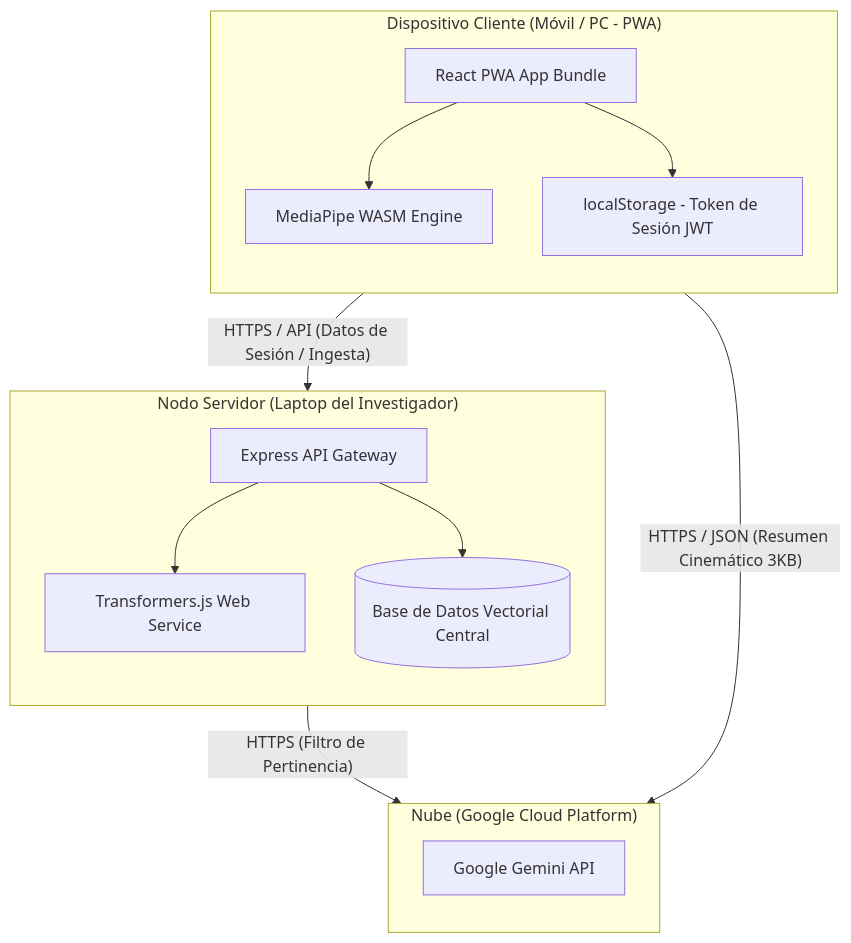
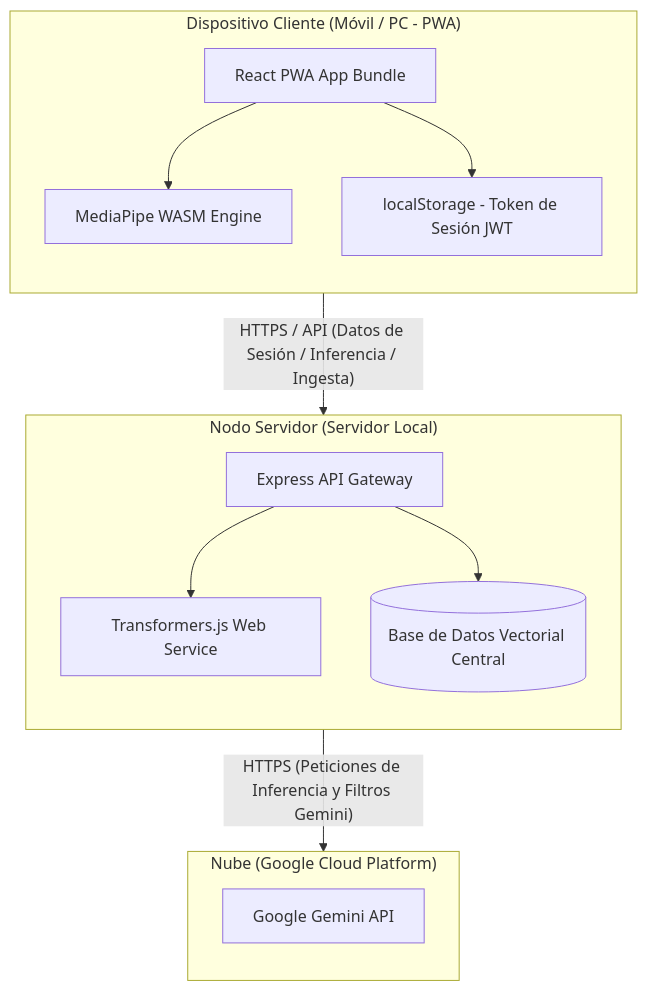
Diagram 12 of 12 in README.md (Tsmrain/Documentacion), drawn with Mermaid before and after one commit. The commit also changed other lines of this file, not shown here.

Commit message:
docs: update documentation to detail RAG dynamic knowledge ingestion and standardize Servidor Local terminology

````diff
--- a/README.md
+++ b/README.md
@@ -1363,31 +1377,30 @@
 ```mermaid
 flowchart TD
     subgraph ClientDevice ["Dispositivo Cliente (Móvil / PC - PWA)"]
         direction TB
         App[React PWA App Bundle]
         Engine3D[MediaPipe WASM Engine]
         LS[localStorage - Token de Sesión JWT]
     end
     
-    subgraph ServerNode ["Nodo Servidor (Laptop del Investigador)"]
+    subgraph ServerNode ["Nodo Servidor (Servidor Local)"]
         direction TB
         API[Express API Gateway]
         EmbeddingEngine[Transformers.js Web Service]
         CentralDB[(Base de Datos Vectorial Central)]
     end
     
     subgraph CloudGCP ["Nube (Google Cloud Platform)"]
         direction TB
         Gemini[Google Gemini API]
     end
     
     App --> Engine3D
     App --> LS
     
-    App -- "HTTPS / API (Datos de Sesión / Ingesta)" --> API
+    App -- "HTTPS / API (Datos de Sesión / Inferencia / Ingesta)" --> API
     API --> EmbeddingEngine
     API --> CentralDB
     
-    App -- "HTTPS / JSON (Resumen Cinemático 3KB)" --> Gemini
-    API -- "HTTPS (Filtro de Pertinencia)" --> Gemini
+    API -- "HTTPS (Peticiones de Inferencia y Filtros Gemini)" --> Gemini
 ```
````
